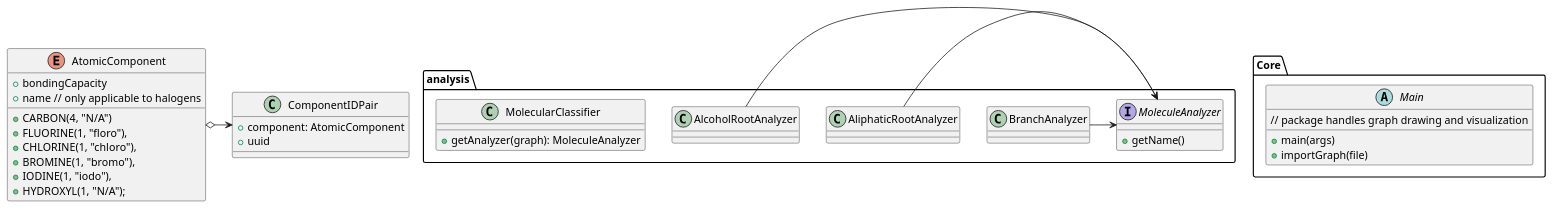
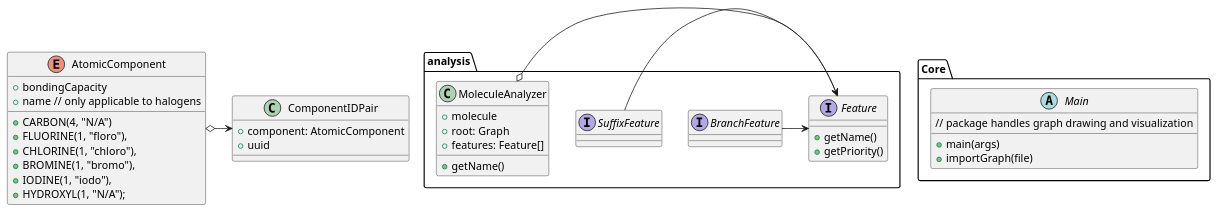
The diagram in docs/diagrams.puml (ThDudk/OrganicChemistryDiagrams), drawn with PlantUML before and after one commit. The commit also changed 5 other files, not shown here.

```diff
--- a/docs/diagrams.puml
+++ b/docs/diagrams.puml
@@ -1,43 +1,50 @@
 @startuml
 AtomicComponent o-> ComponentIDPair
 
 enum AtomicComponent {
 + bondingCapacity
 + name // only applicable to halogens
 
 + CARBON(4, "N/A")
 + FLUORINE(1, "floro"),
 + CHLORINE(1, "chloro"),
 + BROMINE(1, "bromo"),
 + IODINE(1, "iodo"),
 + HYDROXYL(1, "N/A");
 }
 class ComponentIDPair{
 + component: AtomicComponent
 + uuid
 }
 
 package Core {
     abstract class Main{
         + main(args)
         + importGraph(file)
         // package handles graph drawing and visualization
     }
 }
 
 package analysis{
-BranchAnalyzer -> MoleculeAnalyzer
-AliphaticRootAnalyzer -> MoleculeAnalyzer
-AlcoholRootAnalyzer -> MoleculeAnalyzer
 
-interface MoleculeAnalyzer{
+BranchFeature -> Feature
+SuffixFeature -> Feature
+MoleculeAnalyzer o-> Feature
+
+interface Feature {
 + getName()
++ getPriority()
 }
+interface BranchFeature{}
+interface SuffixFeature {}
 
-class MolecularClassifier {
-+ getAnalyzer(graph): MoleculeAnalyzer
+class MoleculeAnalyzer{
++ molecule
++ root: Graph
++ features: Feature[]
++ getName()
 }
 
 }
 
 @enduml
```
